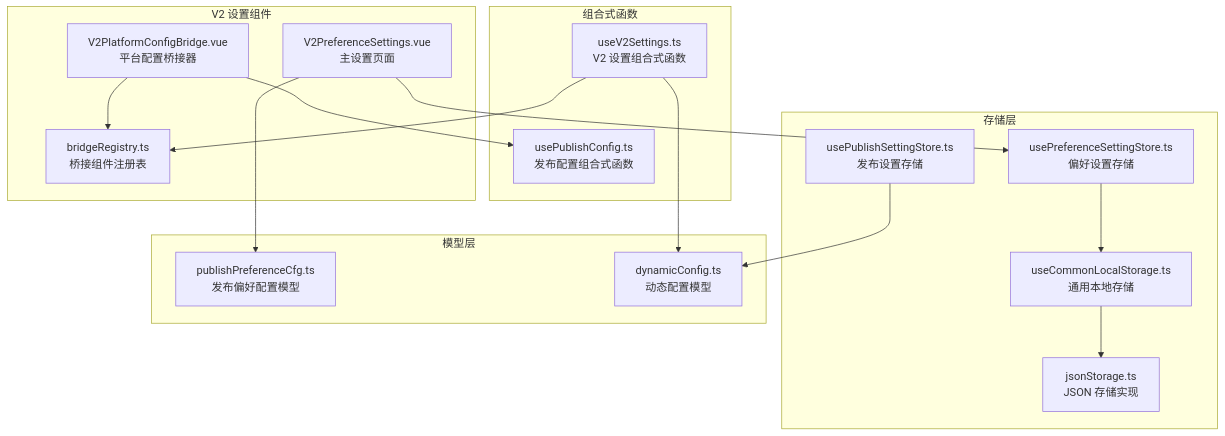
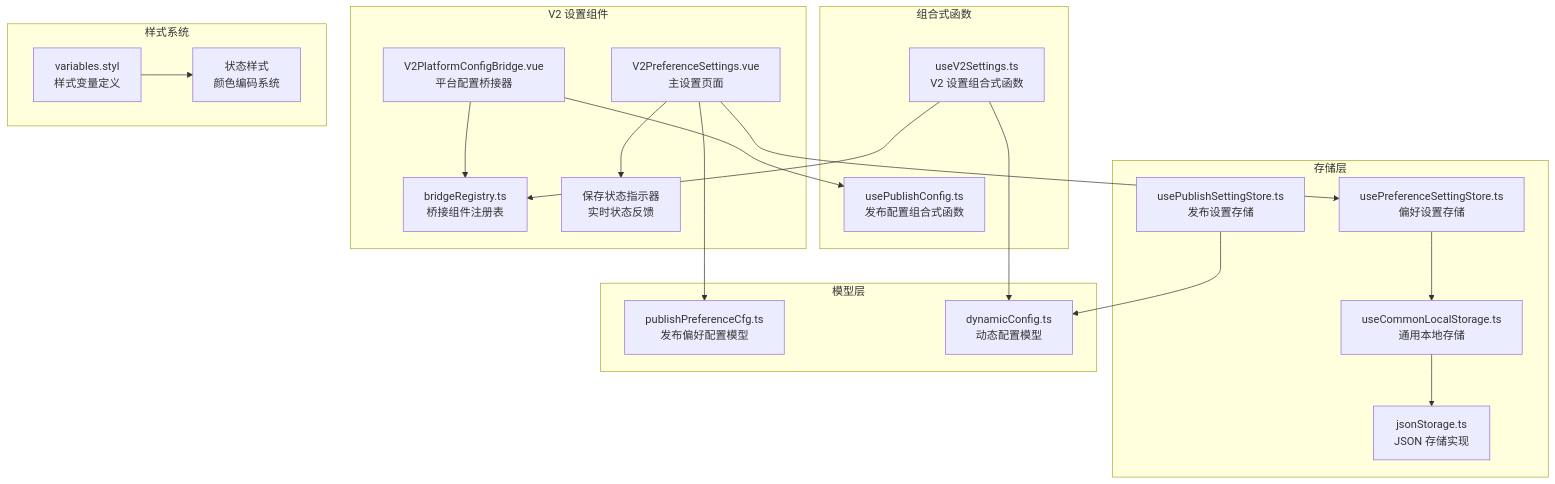
The first of 11 diagrams in .qoder/repowiki/zh/content/用户界面组件/设置组件/偏好设置组件/V2 偏好设置组件.md (terwer/siyuan-plugin-publisher), drawn with Mermaid before and after one commit. The commit also changed other lines of this file and 25 other files, not shown here.

````diff
--- a/.qoder/repowiki/zh/content/用户界面组件/设置组件/偏好设置组件/V2 偏好设置组件.md
+++ b/.qoder/repowiki/zh/content/用户界面组件/设置组件/偏好设置组件/V2 偏好设置组件.md
@@ -45,31 +59,38 @@
 ```mermaid
 graph TB
 subgraph "V2 设置组件"
 A[V2PreferenceSettings.vue<br/>主设置页面]
 B[V2PlatformConfigBridge.vue<br/>平台配置桥接器]
 C[bridgeRegistry.ts<br/>桥接组件注册表]
+D[保存状态指示器<br/>实时状态反馈]
 end
 subgraph "存储层"
-D[usePreferenceSettingStore.ts<br/>偏好设置存储]
-E[usePublishSettingStore.ts<br/>发布设置存储]
-F[useCommonLocalStorage.ts<br/>通用本地存储]
-G[jsonStorage.ts<br/>JSON 存储实现]
+E[usePreferenceSettingStore.ts<br/>偏好设置存储]
+F[usePublishSettingStore.ts<br/>发布设置存储]
+G[useCommonLocalStorage.ts<br/>通用本地存储]
+H[jsonStorage.ts<br/>JSON 存储实现]
 end
 subgraph "模型层"
-H[publishPreferenceCfg.ts<br/>发布偏好配置模型]
-I[dynamicConfig.ts<br/>动态配置模型]
+I[publishPreferenceCfg.ts<br/>发布偏好配置模型]
+J[dynamicConfig.ts<br/>动态配置模型]
 end
 subgraph "组合式函数"
-J[useV2Settings.ts<br/>V2 设置组合式函数]
-K[usePublishConfig.ts<br/>发布配置组合式函数]
+K[useV2Settings.ts<br/>V2 设置组合式函数]
+L[usePublishConfig.ts<br/>发布配置组合式函数]
+end
+subgraph "样式系统"
+M[variables.styl<br/>样式变量定义]
+N[状态样式<br/>颜色编码系统]
 end
 A --> D
-A --> H
+A --> E
+A --> I
 B --> C
-B --> K
-D --> F
-F --> G
-E --> I
-J --> I
-J --> C
+B --> L
+E --> G
+G --> H
+F --> J
+K --> J
+K --> C
+M --> N
 ```
````
